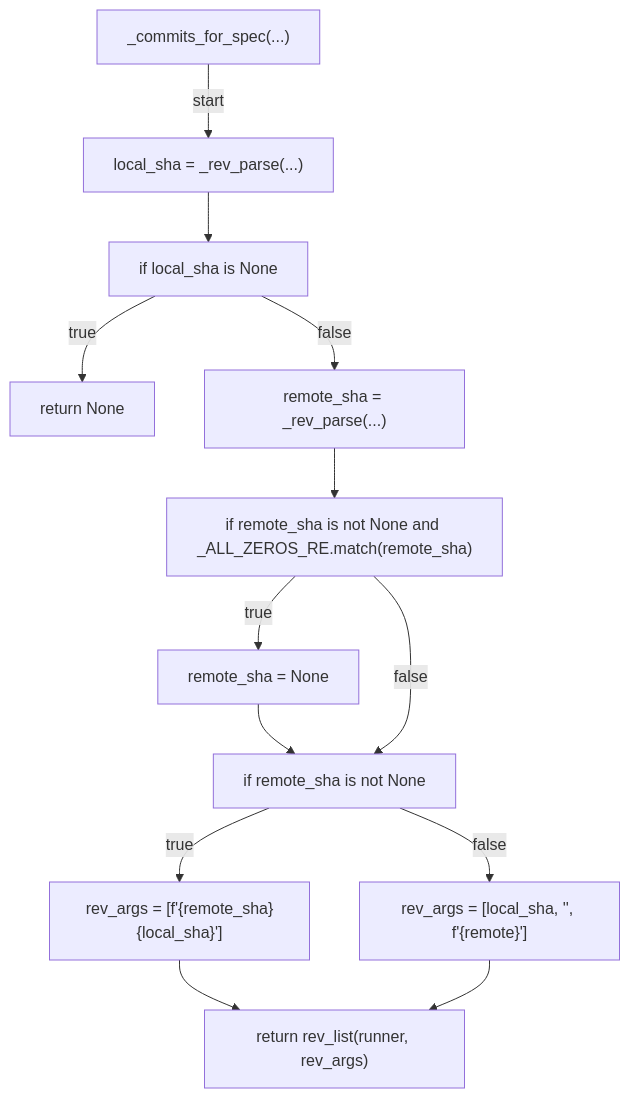
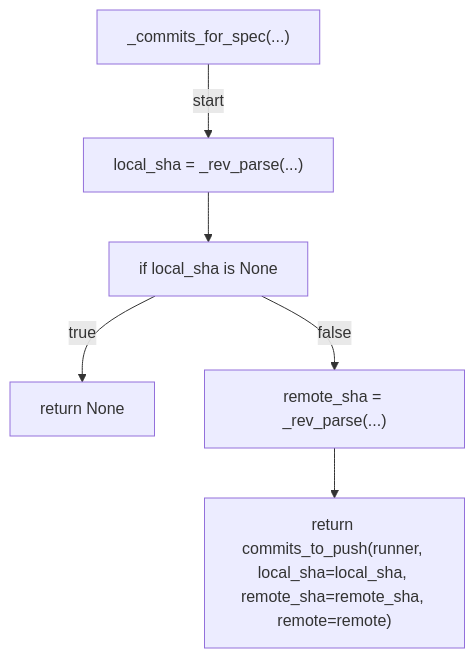
The seventh of 10 diagrams in docs/generated/scripts/ast/preflight_push_unsigned_commits.md (tvna/claude-md), drawn with Mermaid before and after one commit. The commit also changed 3 other files, not shown here.

First line of the commit message:
docs(generated): regenerate decision tree and workflow diagrams

````diff
--- a/docs/generated/scripts/ast/preflight_push_unsigned_commits.md
+++ b/docs/generated/scripts/ast/preflight_push_unsigned_commits.md
@@ -126,26 +126,14 @@
 ```mermaid
 flowchart TD
     N001["_commits_for_spec(...)"]
     N002["local_sha = _rev_parse(...)"]
     N003["if local_sha is None"]
     N004["return None"]
     N005["remote_sha = _rev_parse(...)"]
-    N006["if remote_sha is not None and _ALL_ZEROS_RE.match(remote_sha)"]
-    N007["remote_sha = None"]
-    N008["if remote_sha is not None"]
-    N009["rev_args = [f'{remote_sha}<str>{local_sha}']"]
-    N010["rev_args = [local_sha, '<str>', f'<str>{remote}']"]
-    N011["return rev_list(runner, rev_args)"]
+    N006["return commits_to_push(runner, local_sha=local_sha, remote_sha=remote_sha, remote=remote)"]
     N001 -->|"start"| N002
     N002 --> N003
     N003 -->|"true"| N004
     N003 -->|"false"| N005
     N005 --> N006
-    N006 -->|"true"| N007
-    N007 --> N008
-    N006 -->|"false"| N008
-    N008 -->|"true"| N009
-    N008 -->|"false"| N010
-    N009 --> N011
-    N010 --> N011
 ```
````
